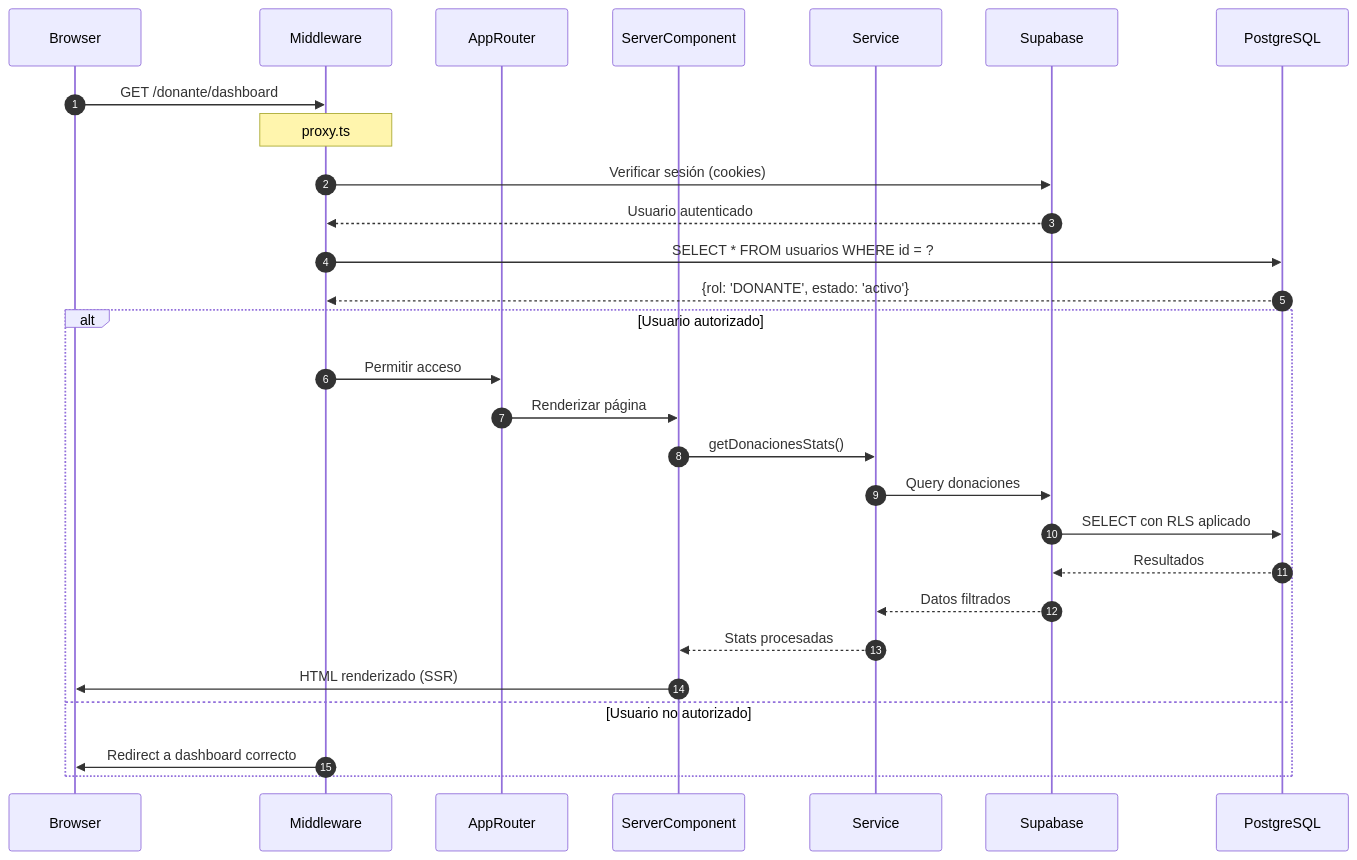
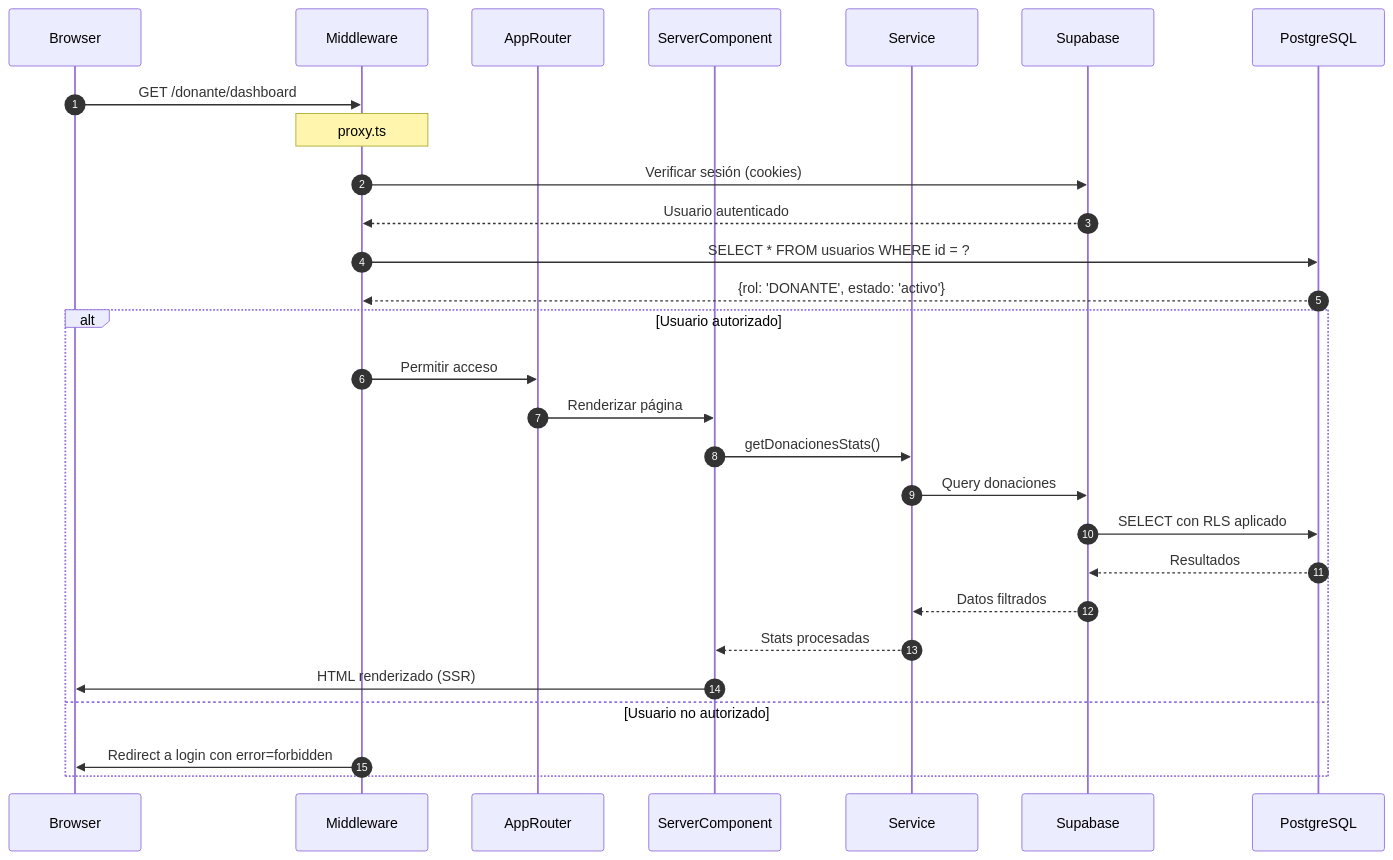
One commit to mintriago123/tesis_banco_alimentos changed the fifth of 13 diagrams in docs/WORKFLOW.md. Above: the diagram before and after it, drawn with Mermaid. The commit also changed other lines of this file and 4 other files, not shown here.

````diff
--- a/docs/WORKFLOW.md
+++ b/docs/WORKFLOW.md
@@ -203,36 +203,36 @@
 ```mermaid
 sequenceDiagram
     autonumber
     participant Browser
     participant Middleware
     participant AppRouter
     participant ServerComponent
     participant Service
     participant Supabase
     participant PostgreSQL
     
     Browser->>Middleware: GET /donante/dashboard
     Note over Middleware: proxy.ts
     
     Middleware->>Supabase: Verificar sesión (cookies)
     Supabase-->>Middleware: Usuario autenticado
     
     Middleware->>PostgreSQL: SELECT * FROM usuarios WHERE id = ?
     PostgreSQL-->>Middleware: {rol: 'DONANTE', estado: 'activo'}
     
     alt Usuario autorizado
         Middleware->>AppRouter: Permitir acceso
         AppRouter->>ServerComponent: Renderizar página
         
         ServerComponent->>Service: getDonacionesStats()
         Service->>Supabase: Query donaciones
         Supabase->>PostgreSQL: SELECT con RLS aplicado
         PostgreSQL-->>Supabase: Resultados
         Supabase-->>Service: Datos filtrados
         Service-->>ServerComponent: Stats procesadas
         
         ServerComponent->>Browser: HTML renderizado (SSR)
     else Usuario no autorizado
-        Middleware->>Browser: Redirect a dashboard correcto
+        Middleware->>Browser: Redirect a login con error=forbidden
     end
 ```
````
